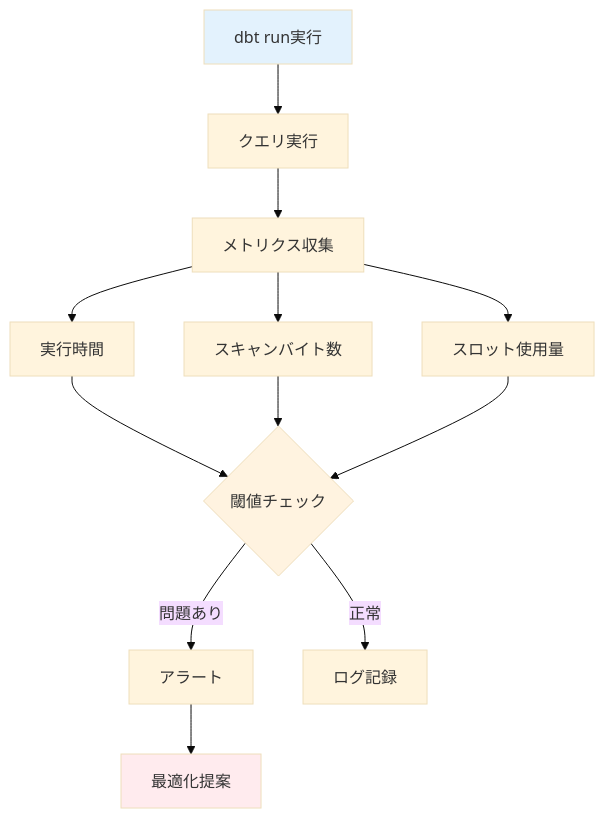
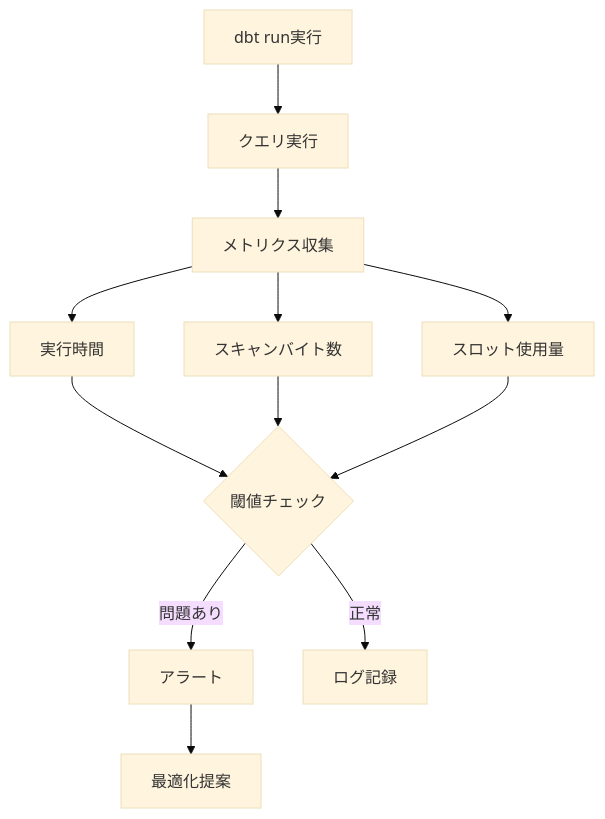
The third of 12 diagrams in content/Tech/dbt/categories/performance-optimization.md (1210yuichi0/1210yuichi0.github.io), drawn with Mermaid (base theme) before and after one commit. The commit also changed other lines of this file and 22 other files, not shown here.

First line of the commit message:
style: remove Mermaid style directives for dark mode compatibility

````diff
--- a/content/Tech/dbt/categories/performance-optimization.md
+++ b/content/Tech/dbt/categories/performance-optimization.md
@@ -210,22 +203,19 @@
 ```mermaid
 graph TD
     A[dbt run実行] --> B[クエリ実行]
     B --> C[メトリクス収集]
 
     C --> D[実行時間]
     C --> E[スキャンバイト数]
     C --> F[スロット使用量]
 
     D --> G{閾値チェック}
     E --> G
     F --> G
 
     G -->|問題あり| H[アラート]
     G -->|正常| I[ログ記録]
 
     H --> J[最適化提案]
 
-    style A fill:#e3f2fd
-    style G fill:#fff3e0
-    style J fill:#ffebee
 ```
````
